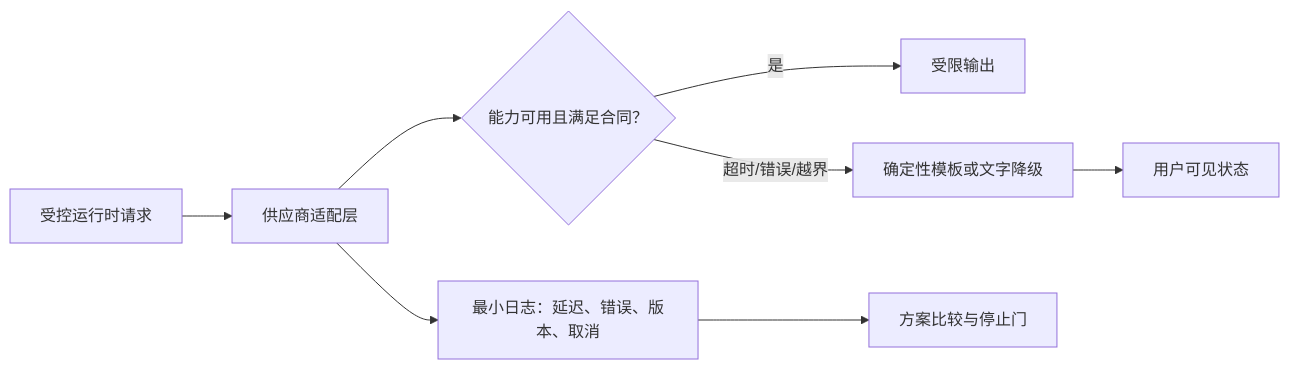
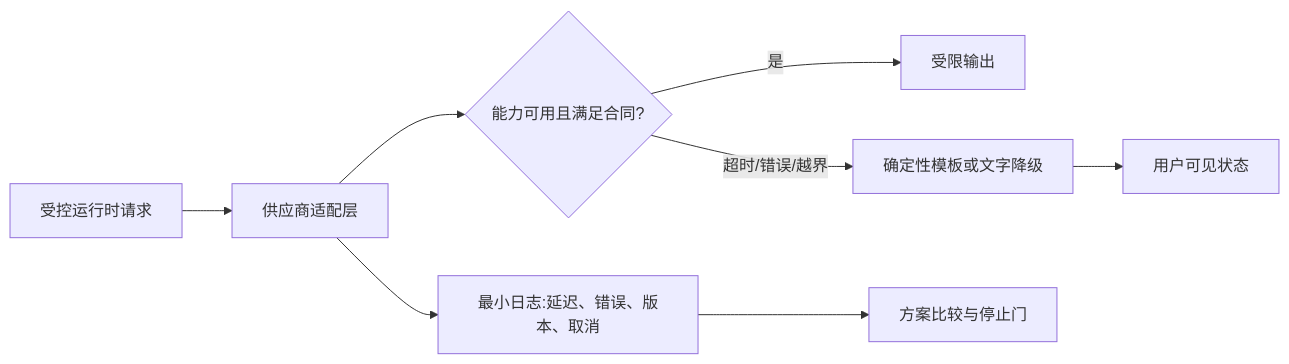
Before and after one commit to weiz98417-crypto/qiuqiu: diagram 11 of 16 in docs/球球全套资料/4.产品设计/44-关键技术POC与方案选型.md, drawn with Mermaid. The commit also changed other lines of this file and 49 other files, not shown here.

````diff
--- a/docs/球球全套资料/4.产品设计/44-关键技术POC与方案选型.md
+++ b/docs/球球全套资料/4.产品设计/44-关键技术POC与方案选型.md
@@ -164,10 +167,10 @@
 ```mermaid
 flowchart LR
     A[受控运行时请求] --> B[供应商适配层]
-    B --> C{能力可用且满足合同？}
+    B --> C{能力可用且满足合同?}
     C -->|是| D[受限输出]
     C -->|超时/错误/越界| E[确定性模板或文字降级]
     E --> F[用户可见状态]
-    B --> G[最小日志：延迟、错误、版本、取消]
+    B --> G[最小日志:延迟、错误、版本、取消]
     G --> H[方案比较与停止门]
 ```
````
